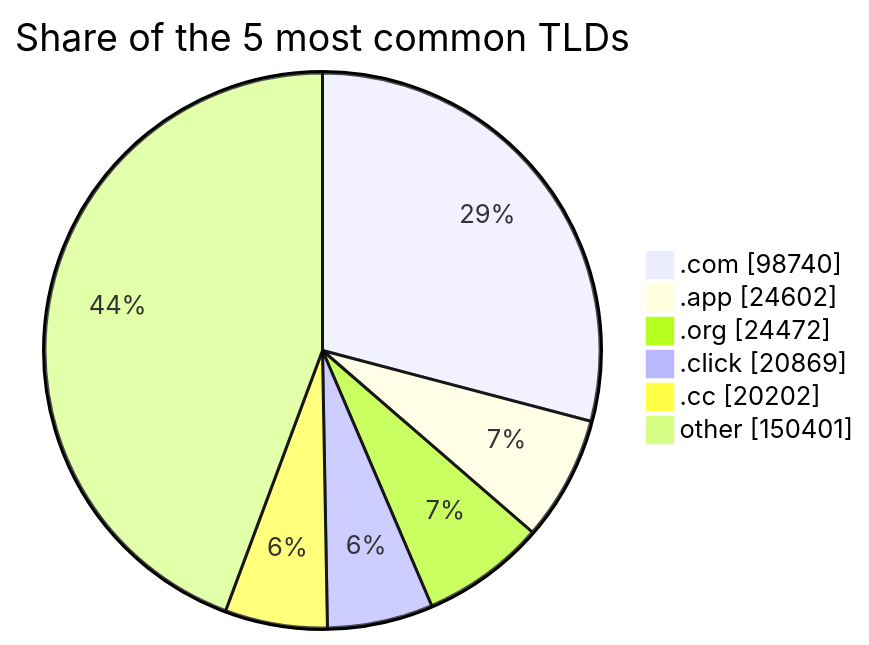
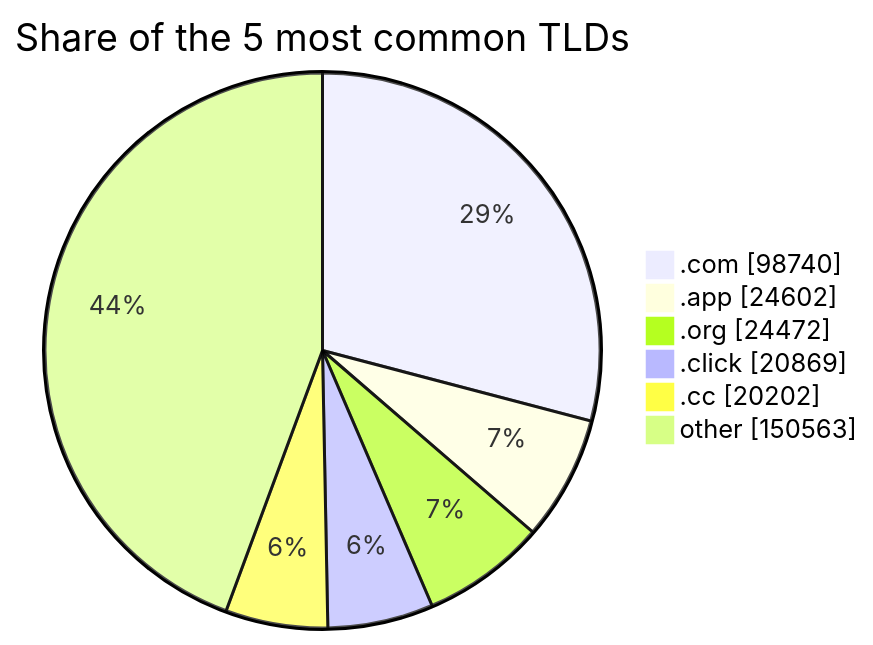
Before and after one commit to DNSBunker/CTI: the third of 3 diagrams in README.md, drawn with Mermaid. The commit also changed other lines of this file and 4 other files, not shown here.

````diff
--- a/README.md
+++ b/README.md
@@ -81,9 +81,9 @@
 ```mermaid
 pie showData title Share of the 5 most common TLDs
     ".com" : 98740
     ".app" : 24602
     ".org" : 24472
     ".click" : 20869
     ".cc" : 20202
-    "other" : 150401
+    "other" : 150563
 ```
````
